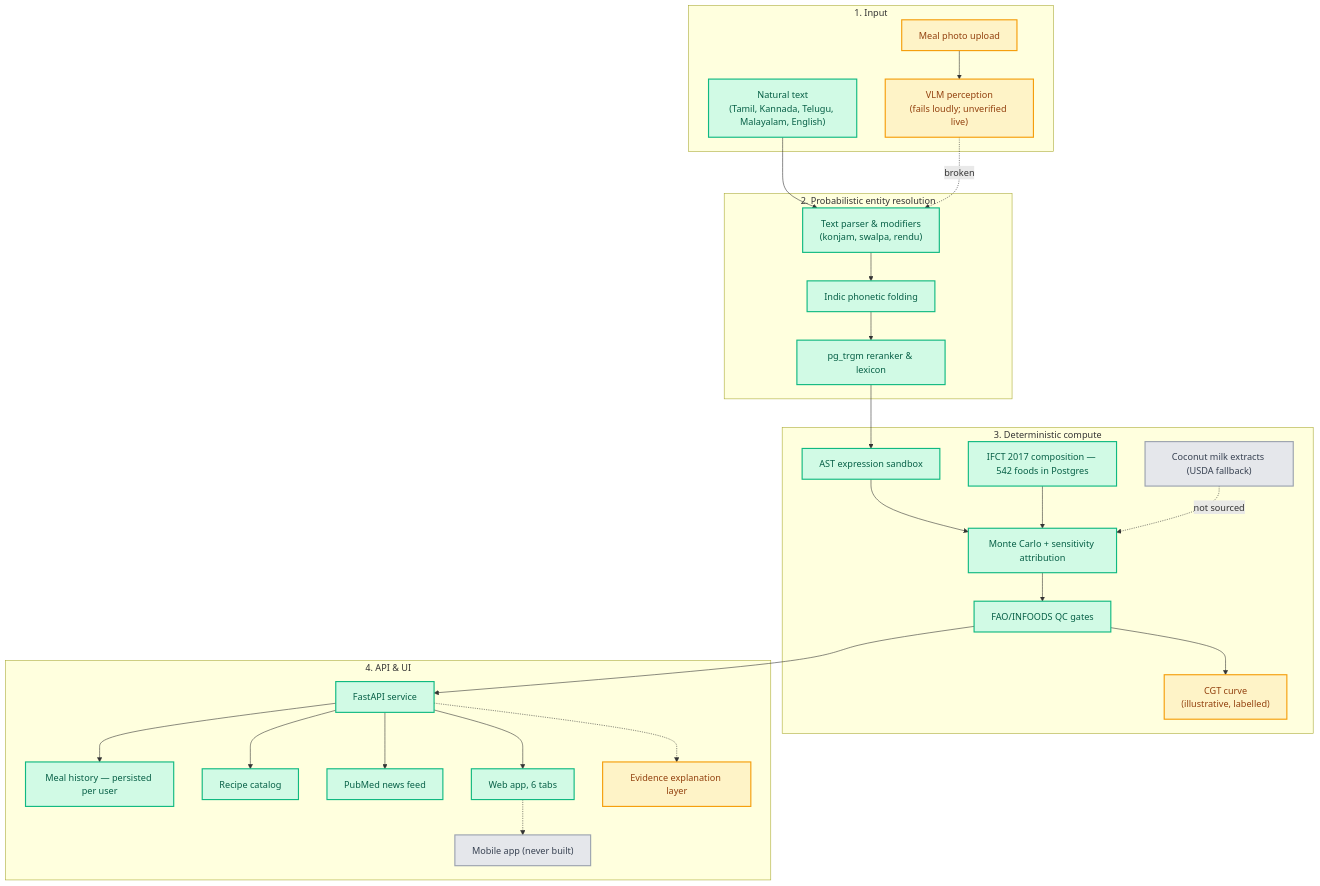
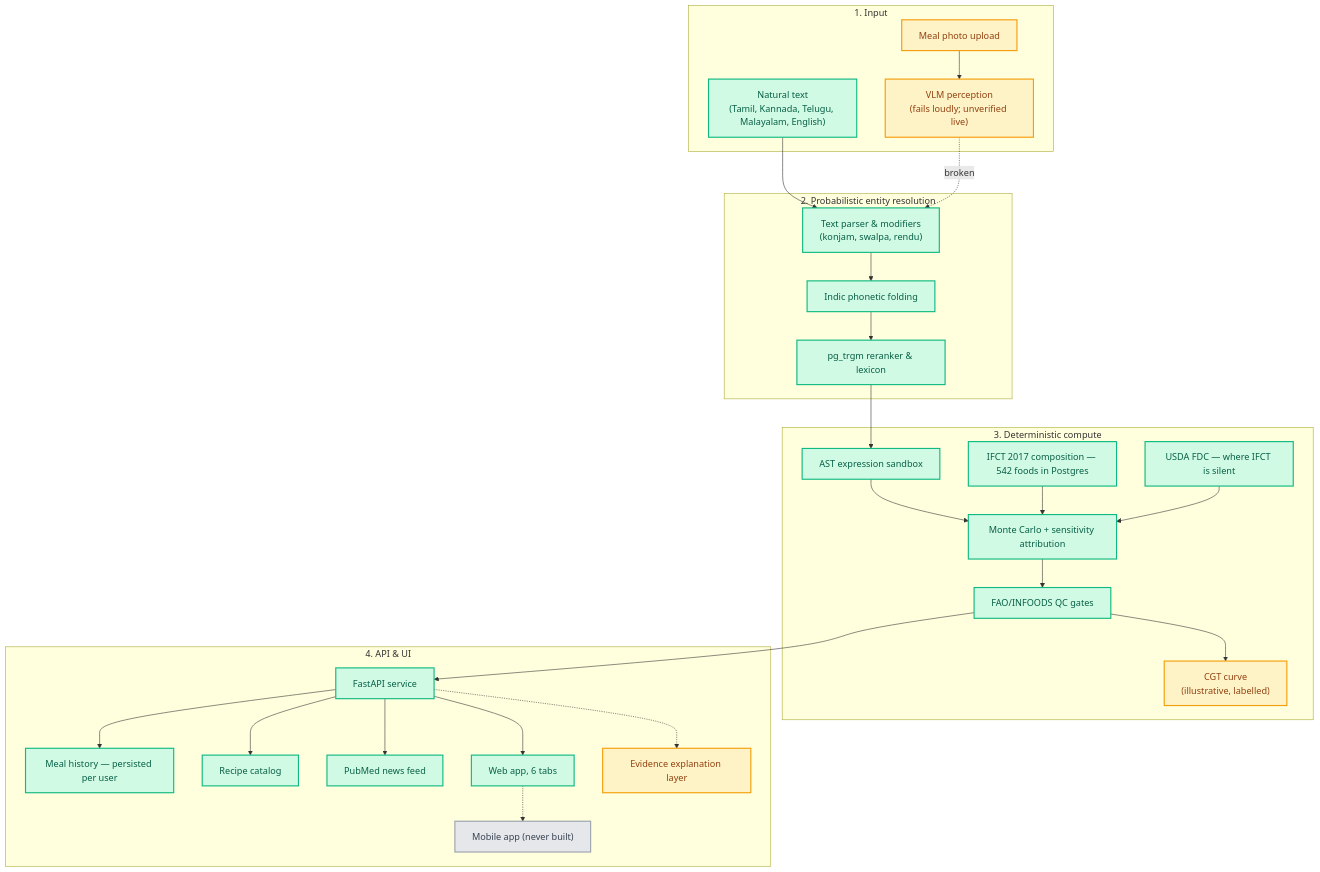
One commit to musicofthings/pathyam changed the diagram in README.md. Above: the diagram before and after it, drawn with Mermaid. The commit also changed other lines of this file and 3 other files, not shown here.

````diff
--- a/README.md
+++ b/README.md
@@ -79,50 +78,50 @@
 ```mermaid
 flowchart TD
     subgraph INPUT["1. Input"]
         A1["Natural text<br/>(Tamil, Kannada, Telugu, Malayalam, English)"]:::done
         A2["Meal photo upload"]:::partial
         A3["VLM perception<br/>(fails loudly; unverified live)"]:::partial
     end
 
     subgraph RESOLUTION["2. Probabilistic entity resolution"]
         B1["Text parser & modifiers<br/>(konjam, swalpa, rendu)"]:::done
         B2["Indic phonetic folding"]:::done
         B3["pg_trgm reranker & lexicon"]:::done
     end
 
     subgraph ENGINE["3. Deterministic compute"]
         C1["AST expression sandbox"]:::done
         C2["Monte Carlo + sensitivity attribution"]:::done
         C3["FAO/INFOODS QC gates"]:::done
         C4["IFCT 2017 composition — 542 foods in Postgres"]:::done
-        C5["Coconut milk extracts (USDA fallback)"]:::pending
+        C5["USDA FDC — where IFCT is silent"]:::done
         C6["CGT curve<br/>(illustrative, labelled)"]:::partial
     end
 
     subgraph API_UI["4. API & UI"]
         D1["FastAPI service"]:::done
         D2["Meal history — persisted per user"]:::done
         D3["Recipe catalog"]:::done
         D4["PubMed news feed"]:::done
         D5["Web app, 6 tabs"]:::done
         D6["Mobile app (never built)"]:::pending
         D7["Evidence explanation layer"]:::partial
     end
 
     A1 --> B1
     A2 --> A3
     A3 -.broken.-> B1
     B1 --> B2 --> B3 --> C1 --> C2 --> C3
     C4 --> C2
-    C5 -.not sourced.-> C2
+    C5 --> C2
     C3 --> D1
     C3 --> C6
     D1 --> D2 & D3 & D4 & D5
     D5 -.-> D6
     D1 -.-> D7
 
     classDef done fill:#D1FAE5,stroke:#10B981,stroke-width:2px,color:#065F46;
     classDef partial fill:#FEF3C7,stroke:#F59E0B,stroke-width:2px,color:#92400E;
     classDef pending fill:#E5E7EB,stroke:#9CA3AF,stroke-width:2px,color:#374151;
     classDef broken fill:#FEE2E2,stroke:#EF4444,stroke-width:2px,color:#991B1B;
 ```
````
